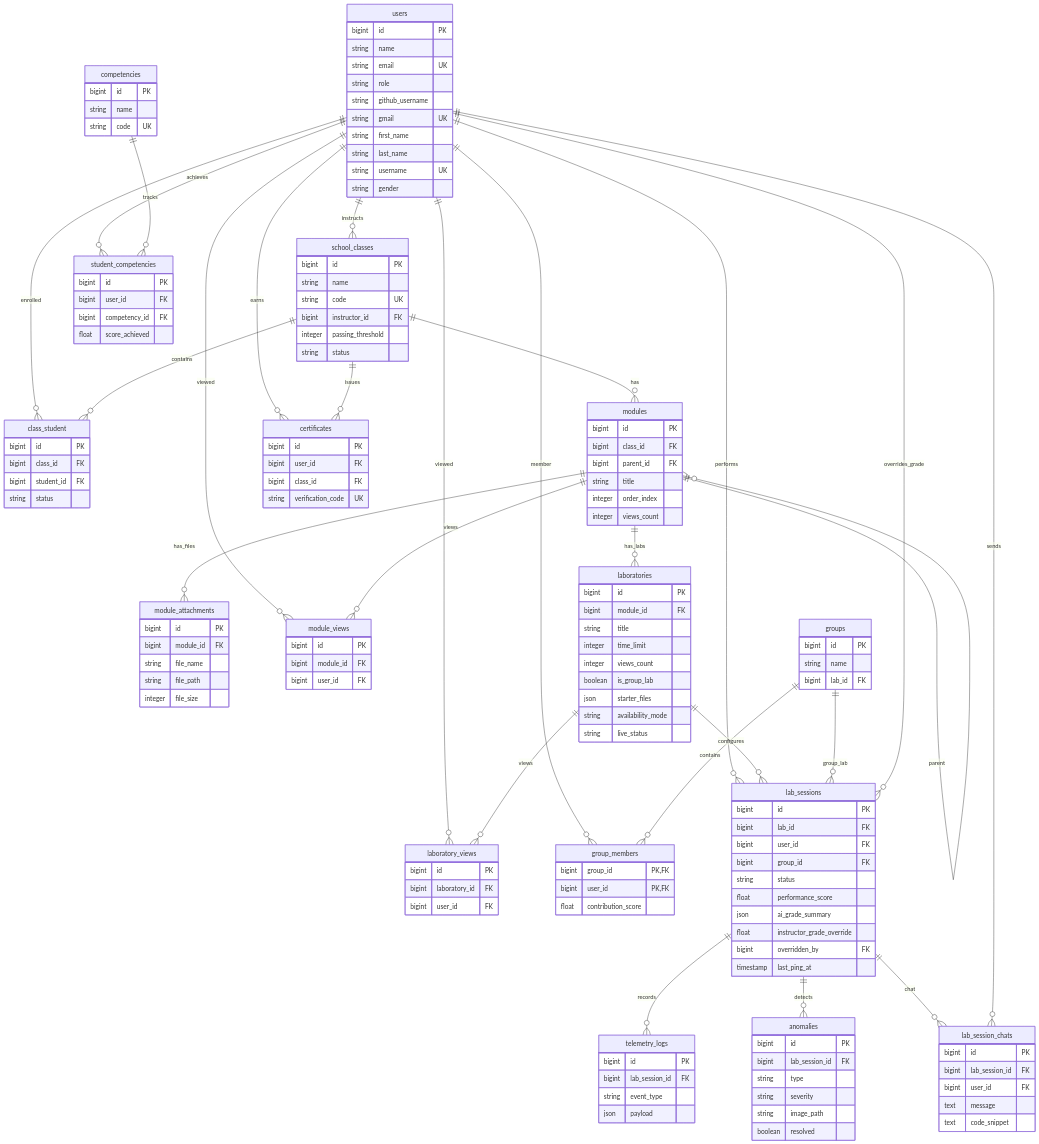
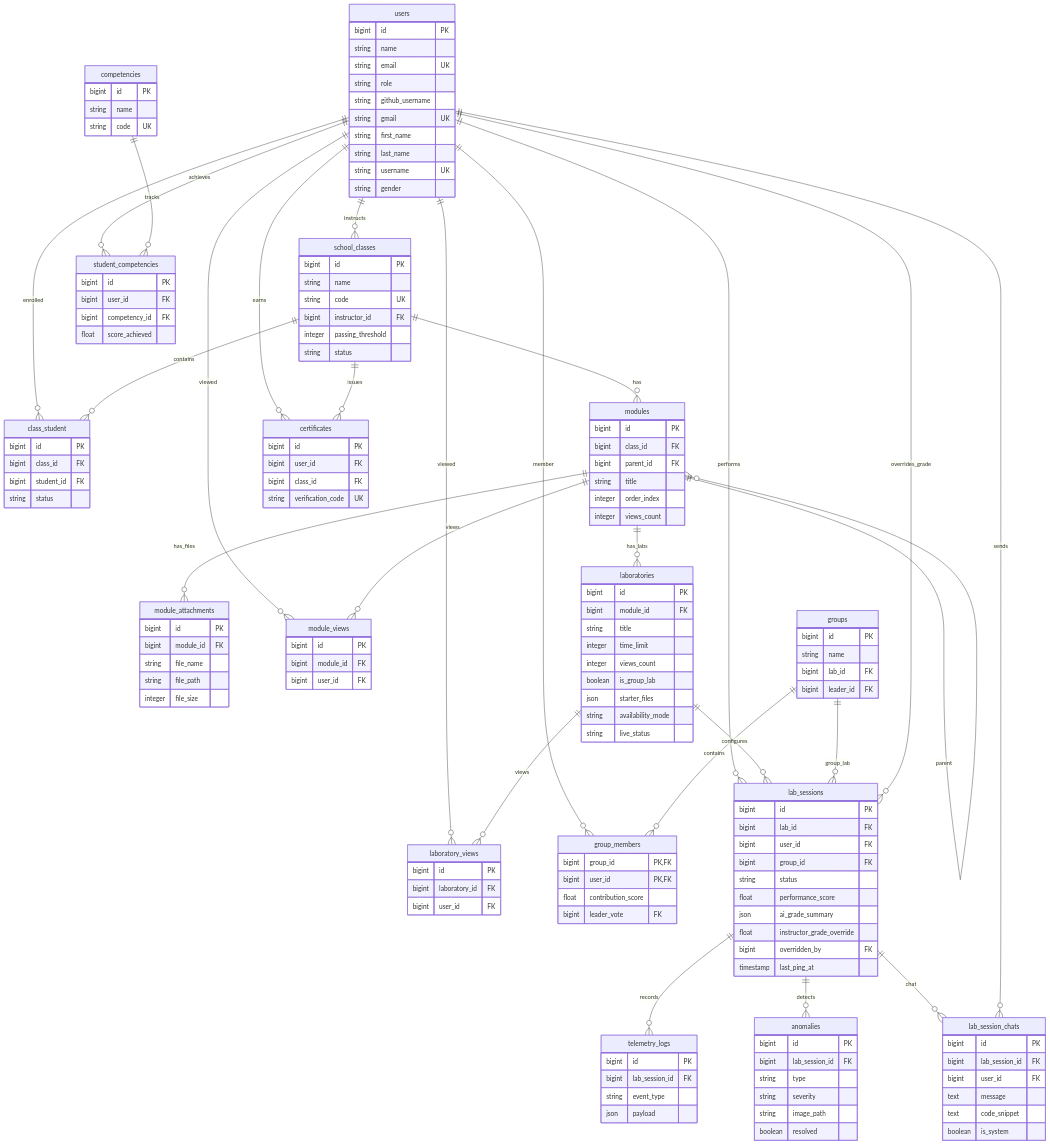
Before and after one commit to vhengie02/Certicode-Labs: the diagram in database/ERD_INSTRUCTIONS.md, drawn with Mermaid. The commit also changed other lines of this file and 38 other files, not shown here.

```diff
--- a/database/ERD_INSTRUCTIONS.md
+++ b/database/ERD_INSTRUCTIONS.md
@@ -350,12 +354,14 @@
         bigint id PK
         string name
         bigint lab_id FK
+        bigint leader_id FK
     }
 
     group_members {
         bigint group_id PK,FK
         bigint user_id PK,FK
         float contribution_score
+        bigint leader_vote FK
     }
 
     lab_sessions {
@@ -377,6 +383,7 @@
         bigint user_id FK
         text message
         text code_snippet
+        boolean is_system
     }
 
     telemetry_logs {
```
